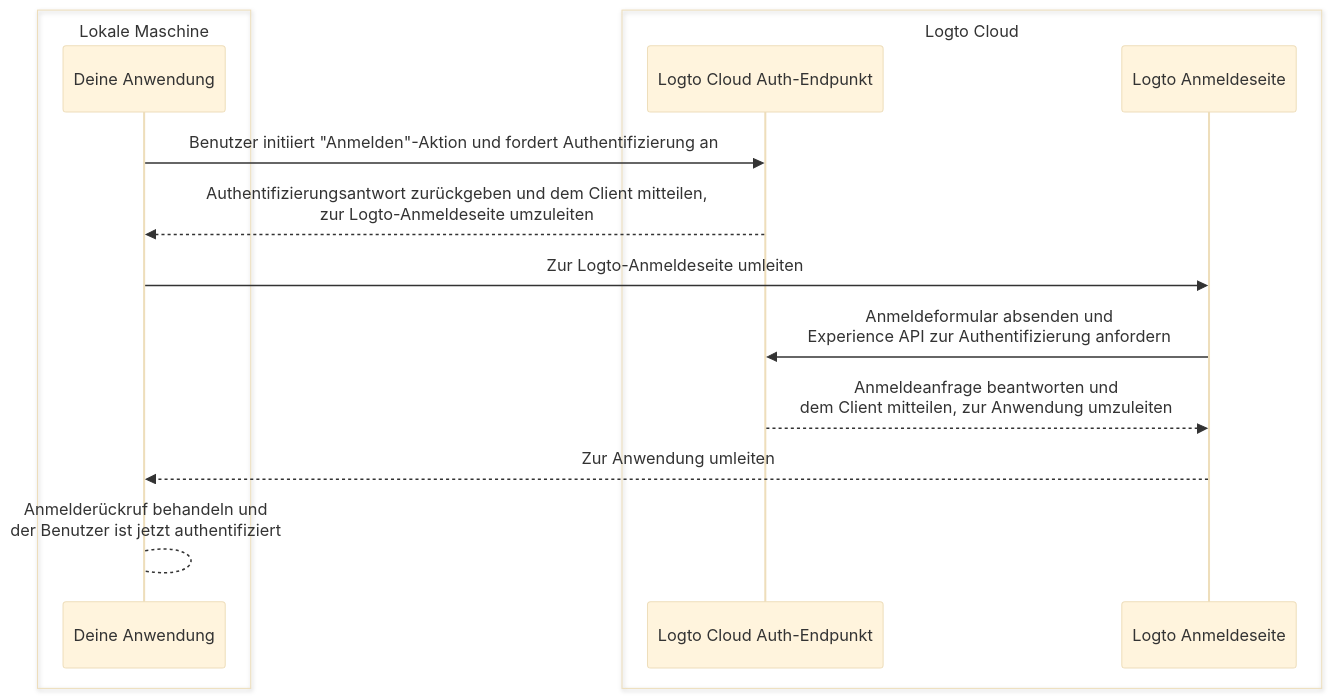
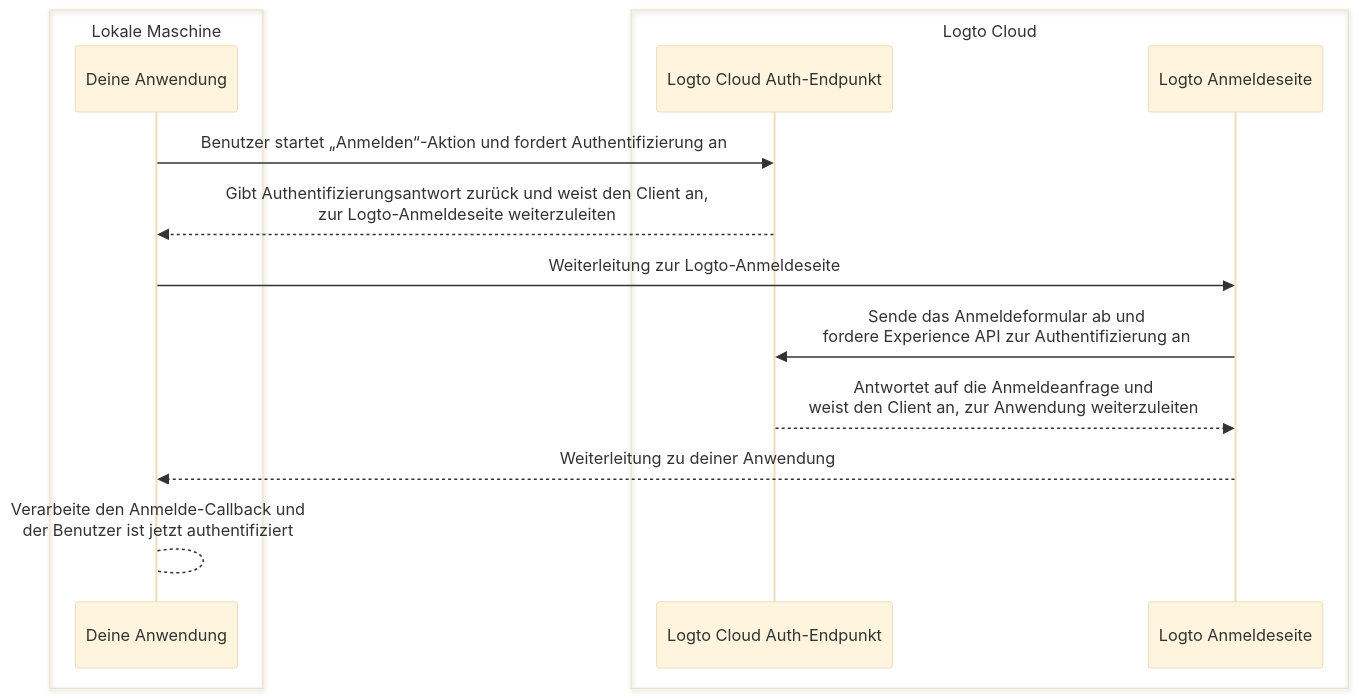
Before and after one commit to logto-io/docs: the first of 2 diagrams in i18n/de/docusaurus-plugin-content-docs/current/customization/bring-your-ui/debug-and-test-your-custom-ui-locally.mdx, drawn with Mermaid (base theme). The commit also changed other lines of this file and 666 other files, not shown here.

````diff
--- a/i18n/de/docusaurus-plugin-content-docs/current/customization/bring-your-ui/debug-and-test-your-custom-ui-locally.mdx
+++ b/i18n/de/docusaurus-plugin-content-docs/current/customization/bring-your-ui/debug-and-test-your-custom-ui-locally.mdx
@@ -18,17 +19,17 @@
 ```mermaid
 sequenceDiagram
     box Lokale Maschine
     participant A as Deine Anwendung
     end
     box Logto Cloud
     participant B as Logto Cloud Auth-Endpunkt
     participant C as Logto Anmeldeseite
     end
-    A ->> B: Benutzer initiiert "Anmelden"-Aktion und fordert Authentifizierung an
-    B -->> A: Authentifizierungsantwort zurückgeben und dem Client mitteilen,<br/>zur Logto-Anmeldeseite umzuleiten
-    A ->> C: Zur Logto-Anmeldeseite umleiten
-    C ->> B: Anmeldeformular absenden und<br/>Experience API zur Authentifizierung anfordern
-    B -->> C: Anmeldeanfrage beantworten und<br/>dem Client mitteilen, zur Anwendung umzuleiten
-    C -->> A: Zur Anwendung umleiten
-    A --> A: Anmelderückruf behandeln und<br/>der Benutzer ist jetzt authentifiziert
+    A ->> B: Benutzer startet „Anmelden“-Aktion und fordert Authentifizierung an
+    B -->> A: Gibt Authentifizierungsantwort zurück und weist den Client an,<br/>zur Logto-Anmeldeseite weiterzuleiten
+    A ->> C: Weiterleitung zur Logto-Anmeldeseite
+    C ->> B: Sende das Anmeldeformular ab und<br/>fordere Experience API zur Authentifizierung an
+    B -->> C: Antwortet auf die Anmeldeanfrage und<br/>weist den Client an, zur Anwendung weiterzuleiten
+    C -->> A: Weiterleitung zu deiner Anwendung
+    A --> A: Verarbeite den Anmelde-Callback und<br/>der Benutzer ist jetzt authentifiziert
 ```
````
